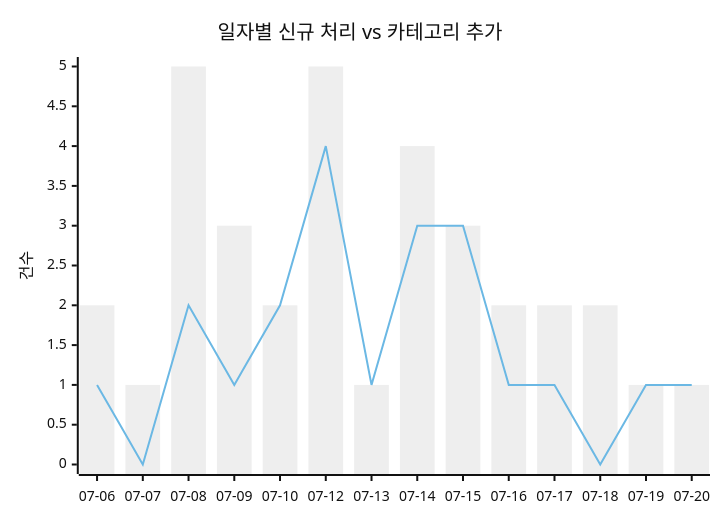
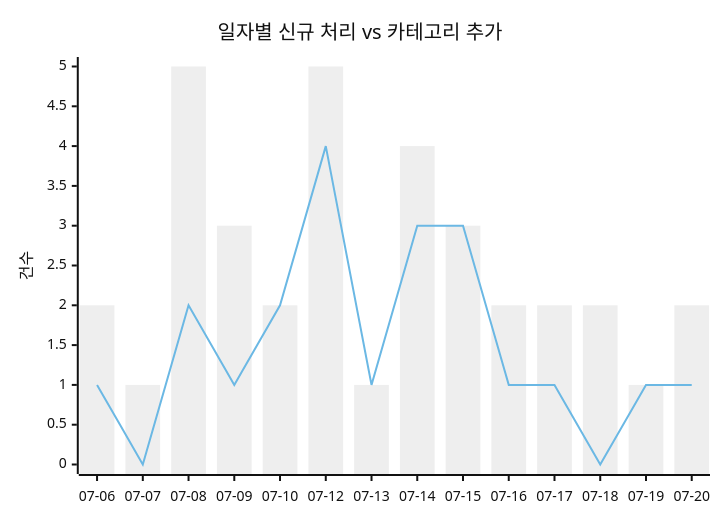
Before and after one commit to J-nowcow/awesome-korean-agent-skills: the first of 2 diagrams in docs/trends.md, drawn with Mermaid (neutral theme). The commit also changed other lines of this file and 2 other files, not shown here.

````diff
--- a/docs/trends.md
+++ b/docs/trends.md
@@ -32,8 +32,8 @@
 ```mermaid
 xychart-beta
     title "일자별 신규 처리 vs 카테고리 추가"
     x-axis ["07-06","07-07","07-08","07-09","07-10","07-12","07-13","07-14","07-15","07-16","07-17","07-18","07-19","07-20"]
     y-axis "건수"
-    bar [2,1,5,3,2,5,1,4,3,2,2,2,1,1]
+    bar [2,1,5,3,2,5,1,4,3,2,2,2,1,2]
     line [1,0,2,1,2,4,1,3,3,1,1,0,1,1]
 ```
````
